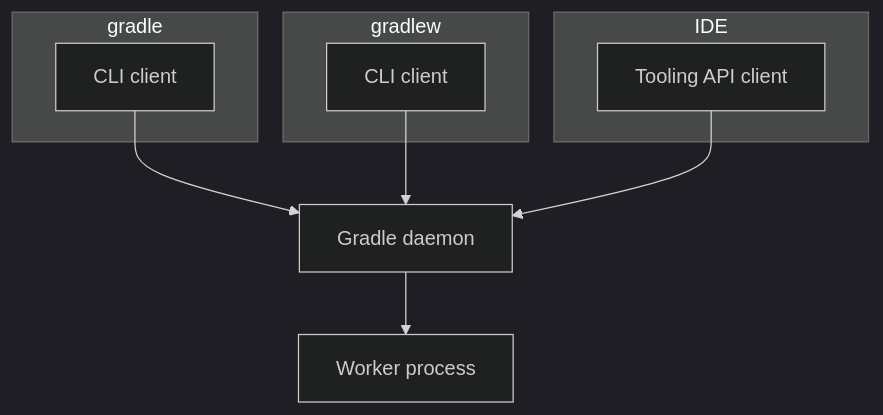
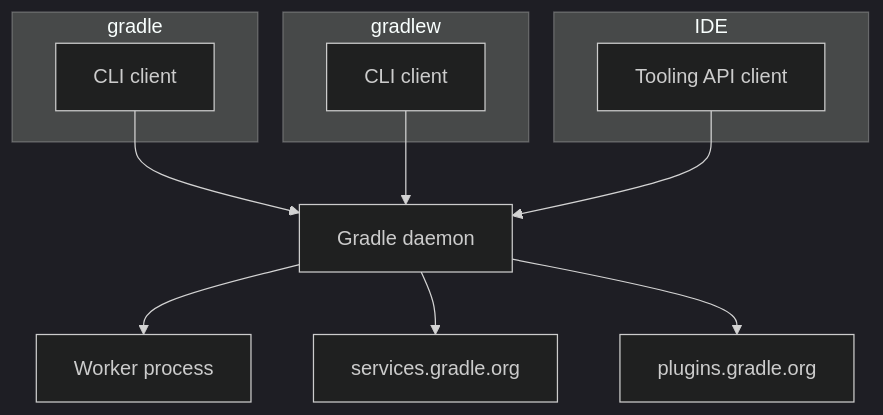
One commit to tianyeeT/gradle changed the diagram in architecture/runtimes.md. Above: the diagram before and after it, drawn with Mermaid (dark theme). The commit also changed other lines of this file and 1 other file, not shown here.

Commit message:
tweak to previous.

````diff
--- a/architecture/runtimes.md
+++ b/architecture/runtimes.md
@@ -12,23 +12,30 @@
 ```mermaid
     graph TD
     
     subgraph gradle
         cli["CLI client"]
     end
 
     subgraph gradlew
         cli_gradlew["CLI client"]
     end
 
     subgraph IDE    
         tapi["Tooling API client"]
     end
     
     daemon["Gradle daemon"]
     cli --> daemon
     cli_gradlew --> daemon
     tapi --> daemon
     
     worker["Worker process"]
     daemon --> worker
+    
+    services["services.gradle.org"]
+    daemon --> services
+
+    plugins["plugins.gradle.org"]
+    daemon --> plugins
+
 ```
````
